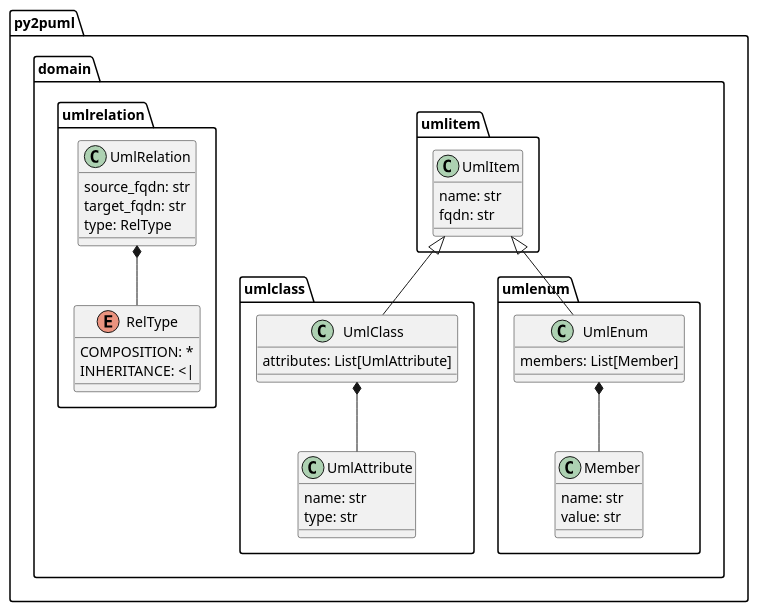
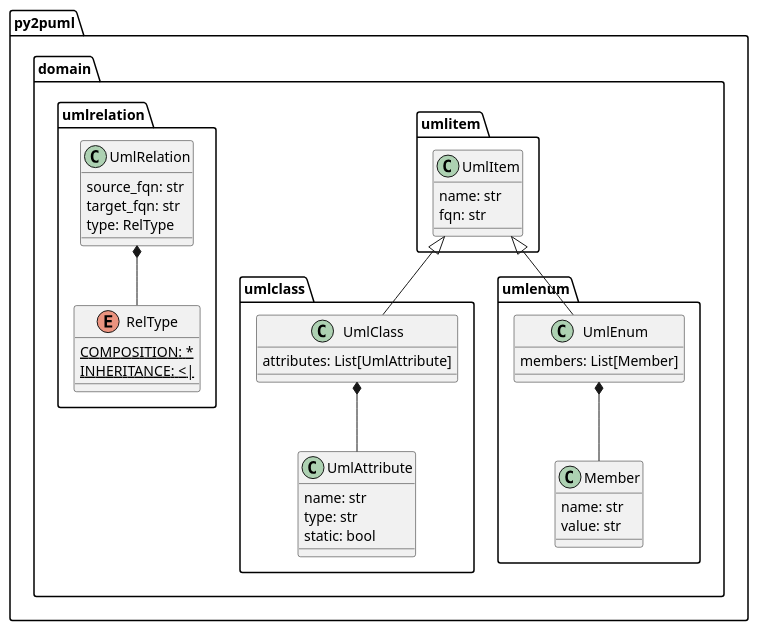
One commit to lucsorel/py2puml changed the diagram in README.md. Above: the diagram before and after it, drawn with PlantUML. The commit also changed other lines of this file and 45 other files, not shown here.

````diff
--- a/README.md
+++ b/README.md
@@ -74,36 +77,37 @@
 ```plantuml
 @startuml
 class py2puml.domain.umlclass.UmlAttribute {
   name: str
   type: str
+  static: bool
 }
 class py2puml.domain.umlclass.UmlClass {
   attributes: List[UmlAttribute]
 }
 class py2puml.domain.umlitem.UmlItem {
   name: str
-  fqdn: str
+  fqn: str
 }
 class py2puml.domain.umlenum.Member {
   name: str
   value: str
 }
 class py2puml.domain.umlenum.UmlEnum {
   members: List[Member]
 }
 enum py2puml.domain.umlrelation.RelType {
-  COMPOSITION: *
-  INHERITANCE: <|
+  COMPOSITION: * {static}
+  INHERITANCE: <| {static}
 }
 class py2puml.domain.umlrelation.UmlRelation {
-  source_fqdn: str
-  target_fqdn: str
+  source_fqn: str
+  target_fqn: str
   type: RelType
 }
 py2puml.domain.umlclass.UmlClass *-- py2puml.domain.umlclass.UmlAttribute
 py2puml.domain.umlitem.UmlItem <|-- py2puml.domain.umlclass.UmlClass
 py2puml.domain.umlenum.UmlEnum *-- py2puml.domain.umlenum.Member
 py2puml.domain.umlitem.UmlItem <|-- py2puml.domain.umlenum.UmlEnum
 py2puml.domain.umlrelation.UmlRelation *-- py2puml.domain.umlrelation.RelType
 @enduml
 ```
````
